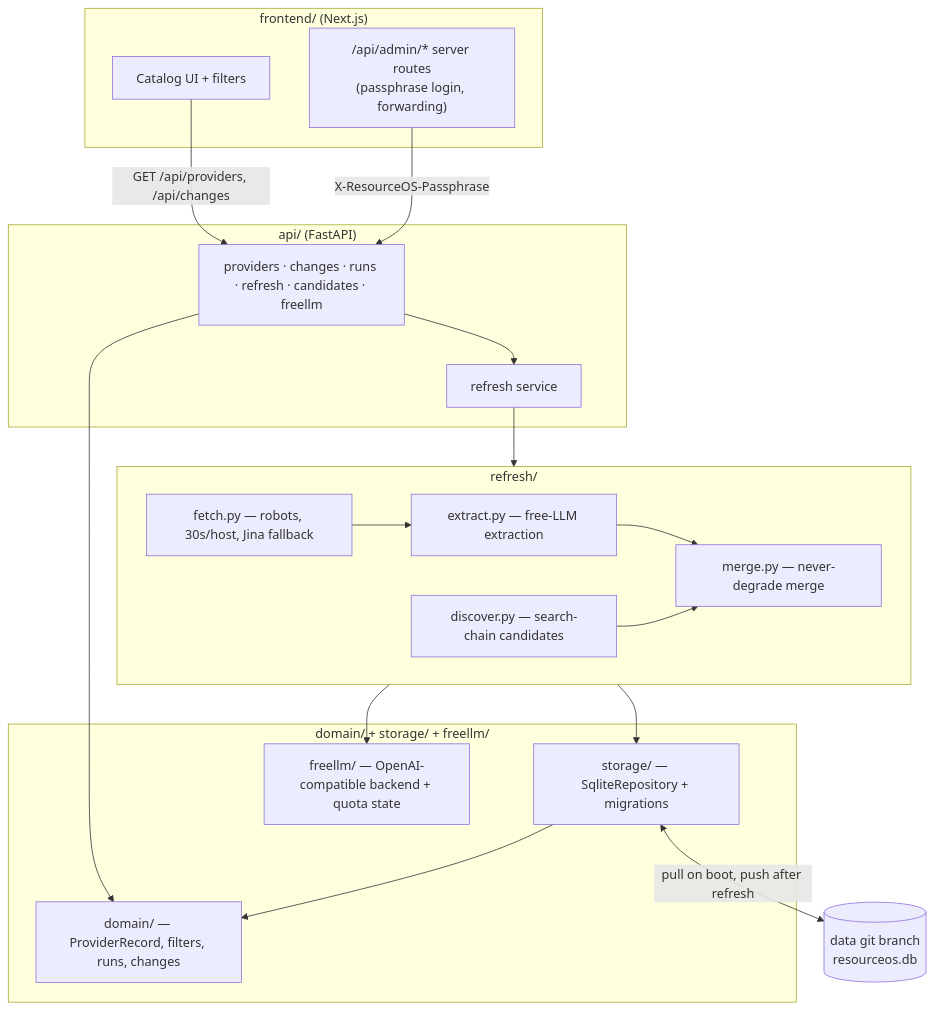
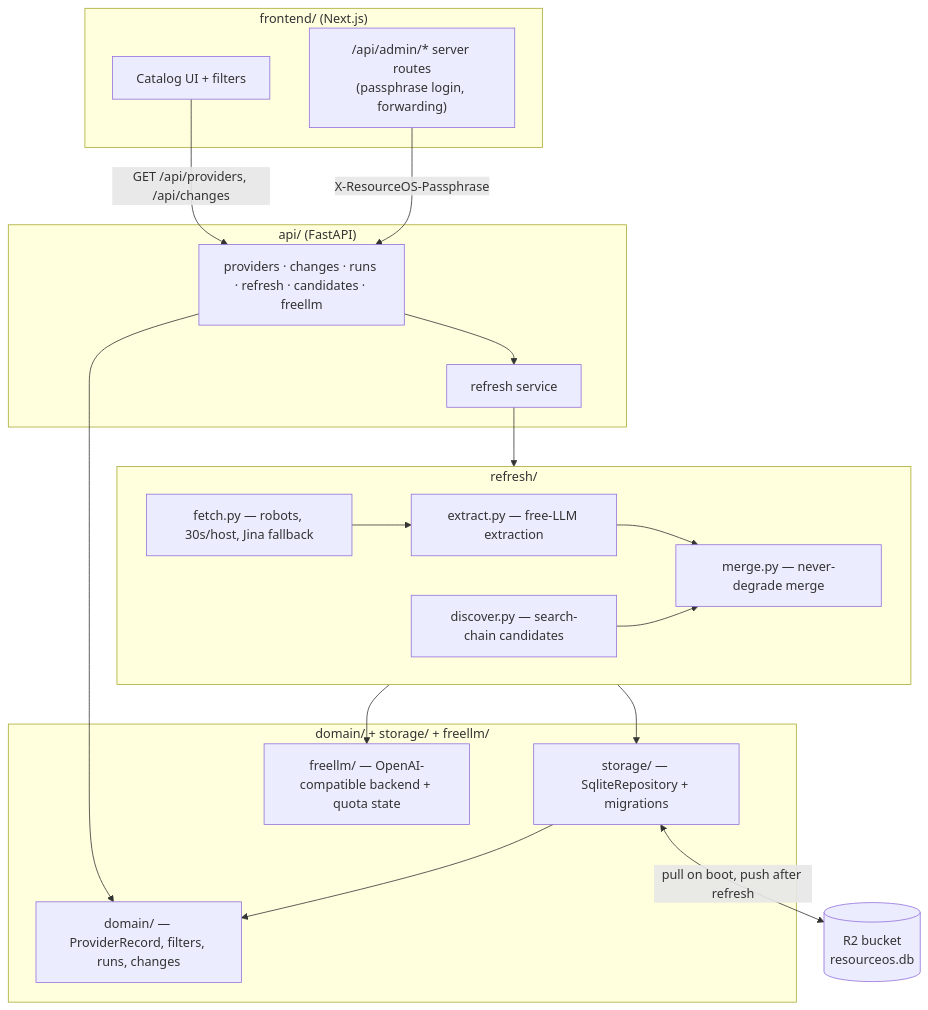
One commit to sudhir13s/startup-resources-free changed the diagram in architecture/architecture-notes.md. Above: the diagram before and after it, drawn with Mermaid. The commit also changed other lines of this file and 3 other files, not shown here.

First line of the commit message:
docs: point deploy docs at Cloudflare R2 instead of the data branch

````diff
--- a/architecture/architecture-notes.md
+++ b/architecture/architecture-notes.md
@@ -32,39 +33,39 @@
 ```mermaid
 flowchart TB
     subgraph Frontend["frontend/ (Next.js)"]
         UI[Catalog UI + filters]
         AdminRoutes["/api/admin/* server routes<br/>(passphrase login, forwarding)"]
     end
 
     subgraph API["api/ (FastAPI)"]
         Routers[providers · changes · runs · refresh · candidates · freellm]
         RefreshSvc[refresh service]
     end
 
     subgraph Core["domain/ + storage/ + freellm/"]
         Domain[domain/ — ProviderRecord, filters, runs, changes]
         Storage[storage/ — SqliteRepository + migrations]
         FreeLLM[freellm/ — OpenAI-compatible backend + quota state]
     end
 
     subgraph RefreshPkg["refresh/"]
         Fetch[fetch.py — robots, 30s/host, Jina fallback]
         Extract[extract.py — free-LLM extraction]
         Merge[merge.py — never-degrade merge]
         Discover[discover.py — search-chain candidates]
     end
 
-    DataBranch[("data" git branch<br/>resourceos.db)]
+    R2Bucket[("R2 bucket<br/>resourceos.db")]
 
     UI -->|GET /api/providers, /api/changes| Routers
     AdminRoutes -->|X-ResourceOS-Passphrase| Routers
     Routers --> Domain
     Routers --> RefreshSvc
     RefreshSvc --> RefreshPkg
     Fetch --> Extract --> Merge
     Discover --> Merge
     RefreshPkg --> FreeLLM
     RefreshPkg --> Storage
-    Storage <-->|pull on boot, push after refresh| DataBranch
+    Storage <-->|pull on boot, push after refresh| R2Bucket
     Storage --> Domain
 ```
````
